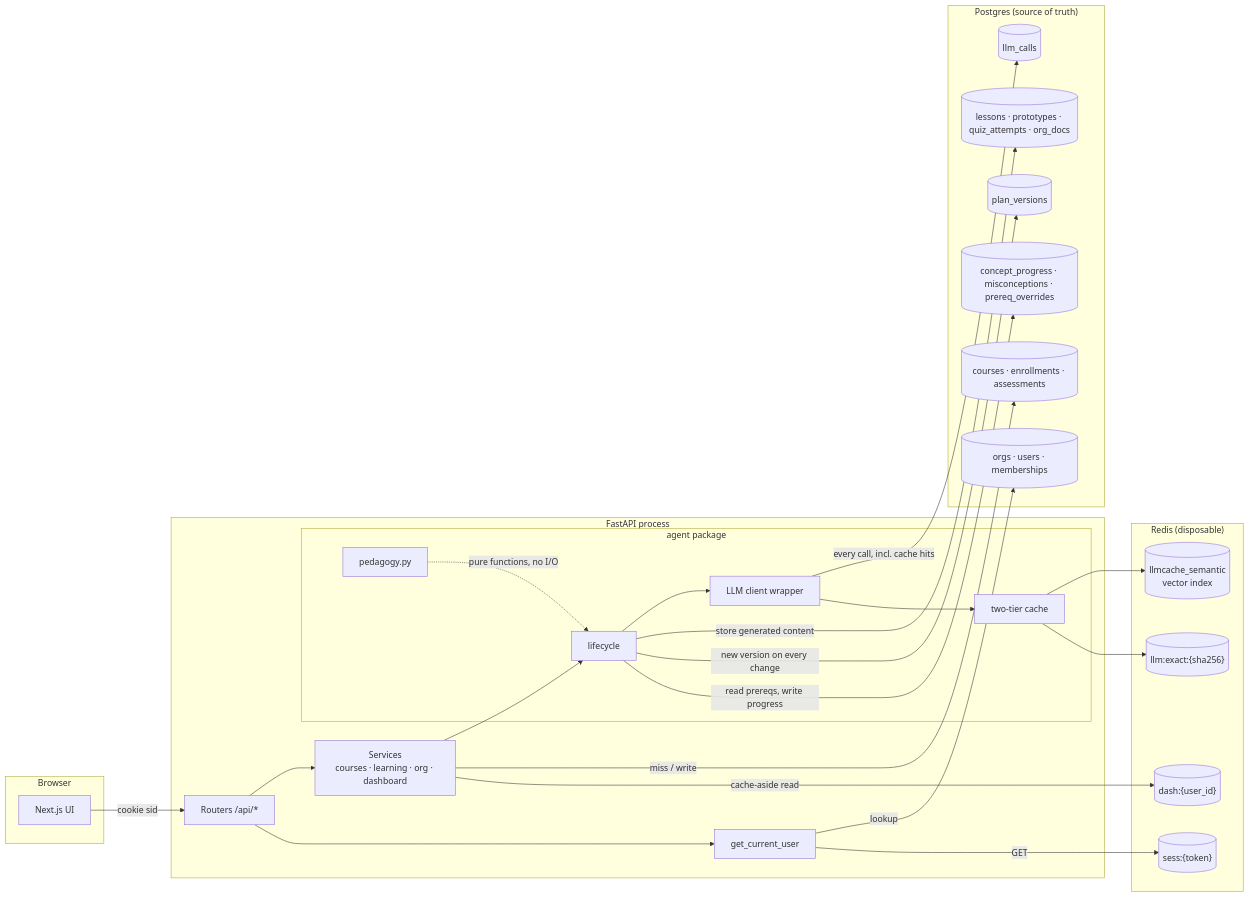
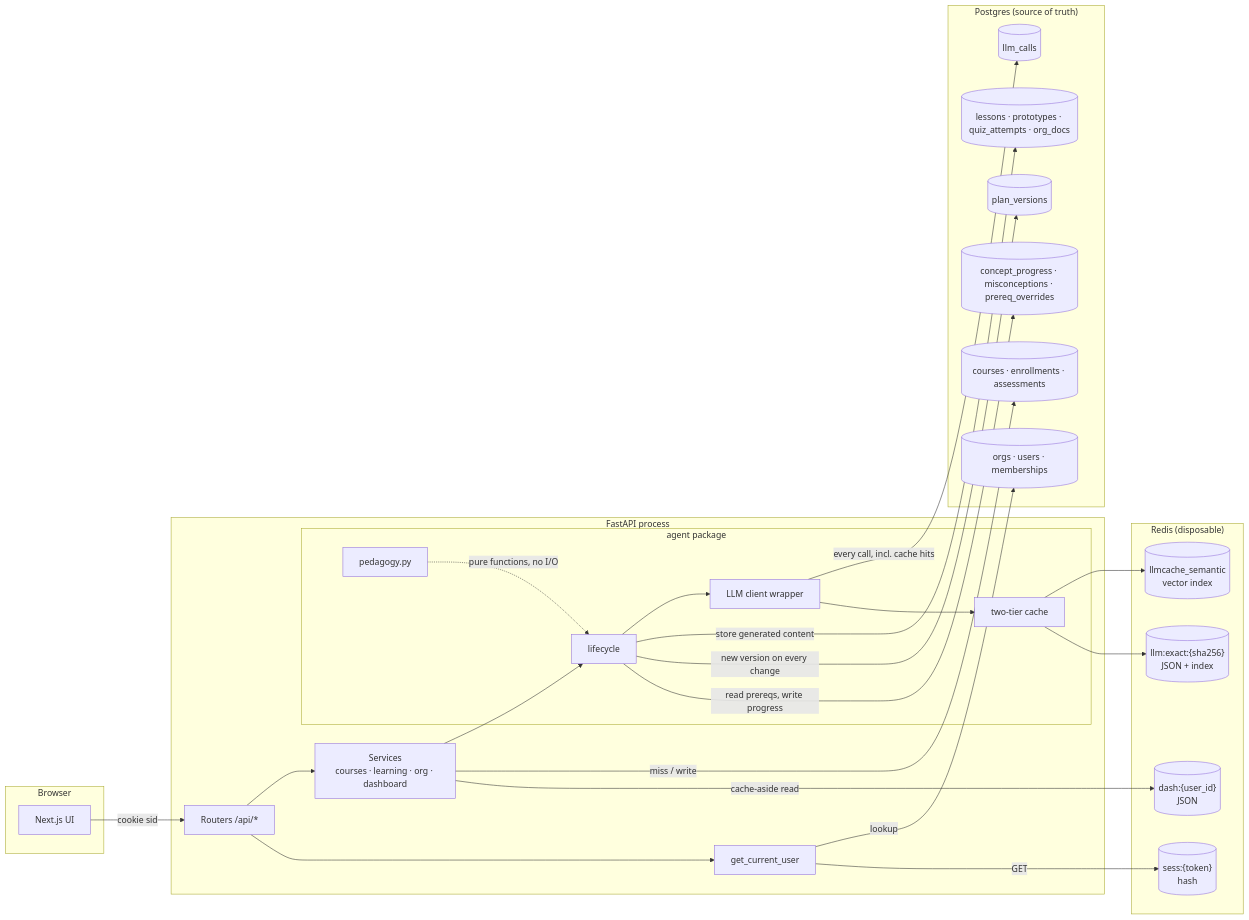
One commit to kenkyl/instructor-gadget changed the first of 3 diagrams in docs/data-model.md. Above: the diagram before and after it, drawn with Mermaid. The commit also changed other lines of this file and 3 other files, not shown here.

First line of the commit message:
docs: Redis types per access pattern (hash sessions, native JSON docs) + persisted-data rule

````diff
--- a/docs/data-model.md
+++ b/docs/data-model.md
@@ -36,46 +36,46 @@
 ```mermaid
 flowchart LR
   subgraph Browser
     UI["Next.js UI"]
   end
   subgraph API["FastAPI process"]
     R["Routers /api/*"]
     AUTH["get_current_user"]
     SVC["Services<br/>courses · learning · org · dashboard"]
     subgraph AGENT["agent package"]
       LC["lifecycle"]
       PED["pedagogy.py"]
       LLM["LLM client wrapper"]
       CACHE["two-tier cache"]
     end
   end
   subgraph PG["Postgres (source of truth)"]
     ID[("orgs · users · memberships")]
     CRS[("courses · enrollments · assessments")]
     PLAN[("plan_versions")]
     LM[("concept_progress · misconceptions · prereq_overrides")]
     CNT[("lessons · prototypes · quiz_attempts · org_docs")]
     OBS[("llm_calls")]
   end
   subgraph RD["Redis (disposable)"]
-    SESS[("sess:{token}")]
-    DASH[("dash:{user_id}")]
-    EX[("llm:exact:{sha256}")]
+    SESS[("sess:{token}<br/>hash")]
+    DASH[("dash:{user_id}<br/>JSON")]
+    EX[("llm:exact:{sha256}<br/>JSON + index")]
     SEM[("llmcache_semantic<br/>vector index")]
   end
 
   UI -->|cookie sid| R --> AUTH -->|GET| SESS
   AUTH -->|lookup| ID
   R --> SVC
   SVC -->|cache-aside read| DASH
   SVC -->|miss / write| CRS
   SVC --> LC
   LC -->|read prereqs, write progress| LM
   LC -->|new version on every change| PLAN
   LC -->|store generated content| CNT
   PED -.->|pure functions, no I/O| LC
   LC --> LLM --> CACHE
   CACHE --> EX
   CACHE --> SEM
   LLM -->|every call, incl. cache hits| OBS
 ```
````
